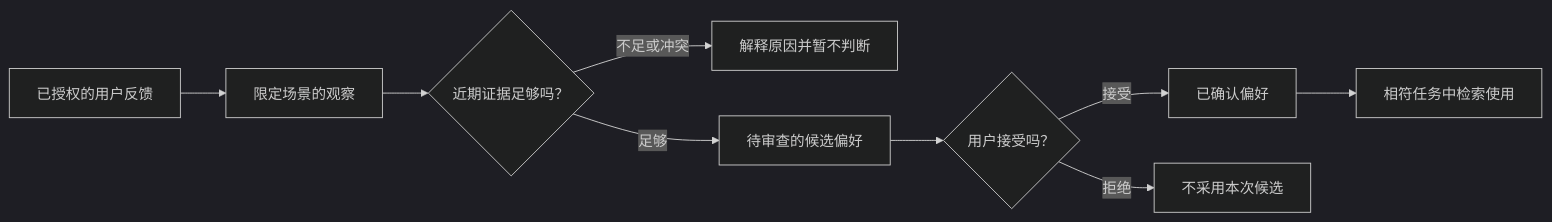
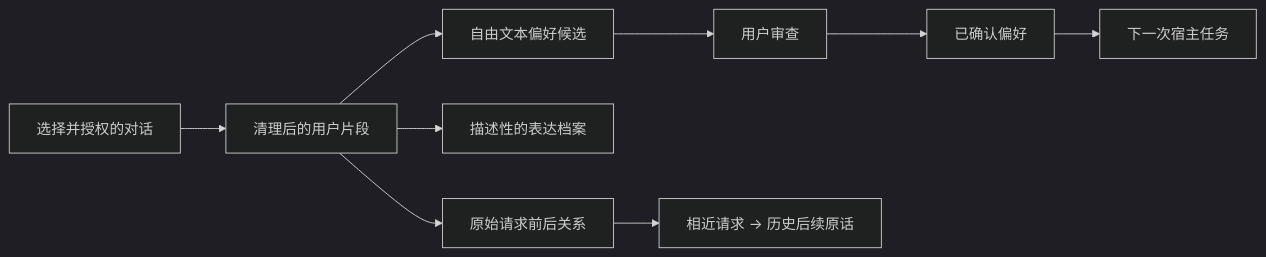
One commit to KarmenLoop/user-behavior-personalization changed the diagram in README.zh-CN.md. Above: the diagram before and after it, drawn with Mermaid (dark theme). The commit also changed other lines of this file and 51 other files, not shown here.

````diff
--- a/README.zh-CN.md
+++ b/README.zh-CN.md
@@ -40,11 +49,11 @@
 ```mermaid
 flowchart LR
-  A[已授权的用户反馈] --> B[限定场景的观察]
-  B --> C{近期证据足够吗？}
-  C -->|不足或冲突| D[解释原因并暂不判断]
-  C -->|足够| E[待审查的候选偏好]
-  E --> F{用户接受吗？}
-  F -->|接受| G[已确认偏好]
-  F -->|拒绝| H[不采用本次候选]
-  G --> I[相符任务中检索使用]
+  A[选择并授权的对话] --> B[清理后的用户片段]
+  B --> C[自由文本偏好候选]
+  B --> D[描述性的表达档案]
+  B --> E[原始请求前后关系]
+  C --> F[用户审查]
+  F --> G[已确认偏好]
+  E --> H[相近请求 → 历史后续原话]
+  G --> I[下一次宿主任务]
 ```
````
